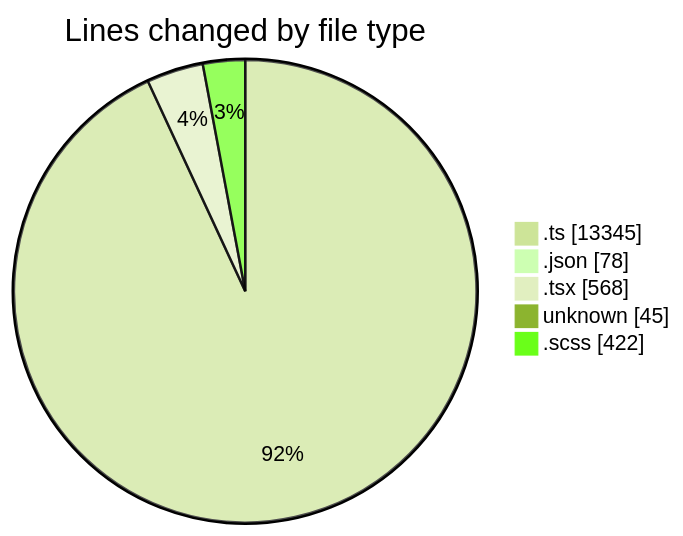
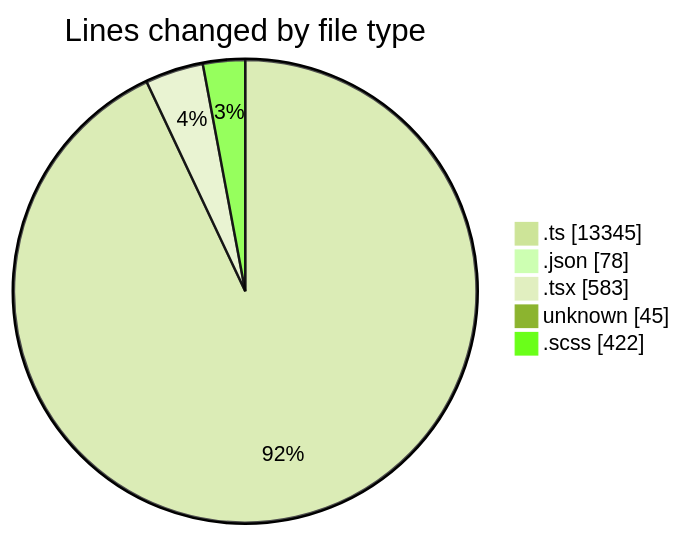
Before and after one commit to momahboobian/code-tracking: the first of 2 diagrams in 2025-08-29/cda/README.md, drawn with Mermaid (forest theme). The commit also changed other lines of this file and 1 other file, not shown here.

````diff
--- a/2025-08-29/cda/README.md
+++ b/2025-08-29/cda/README.md
@@ -30,9 +30,9 @@
 ```mermaid
 pie showData
 title Lines changed by file type
 ".ts" : 13345
 ".json" : 78
-".tsx" : 568
+".tsx" : 583
 "unknown" : 45
 ".scss" : 422
 ```
````
